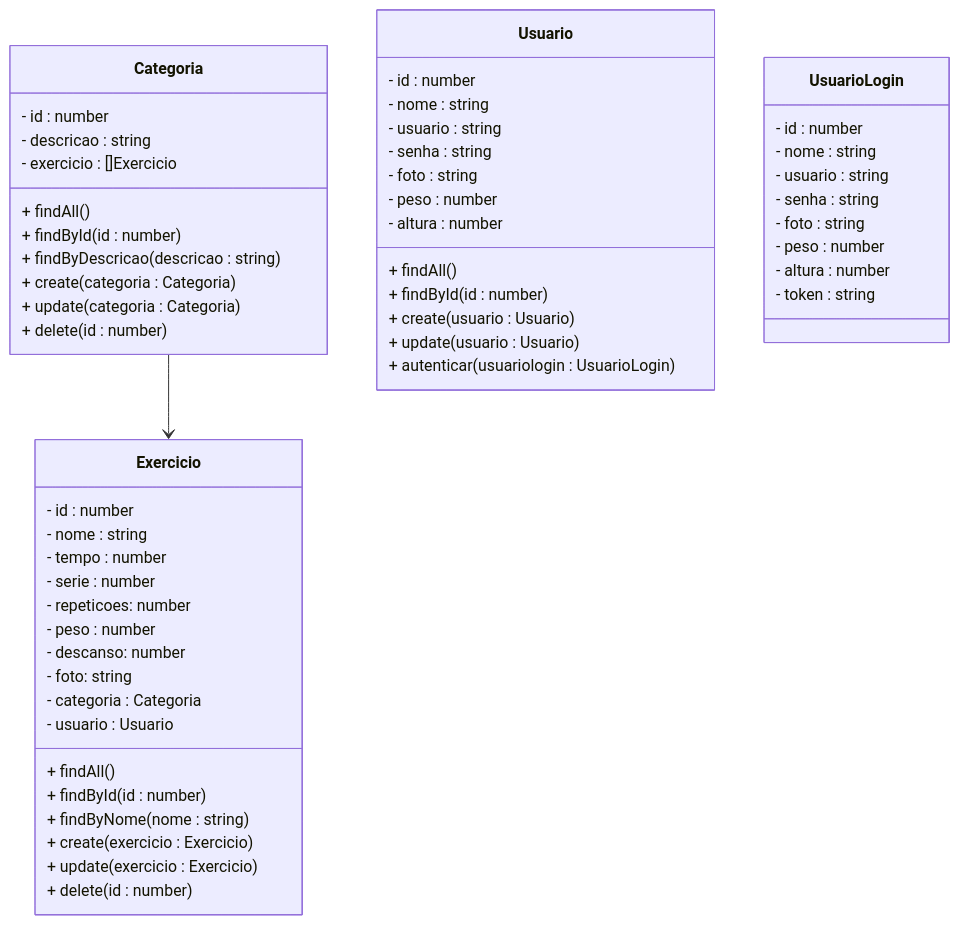
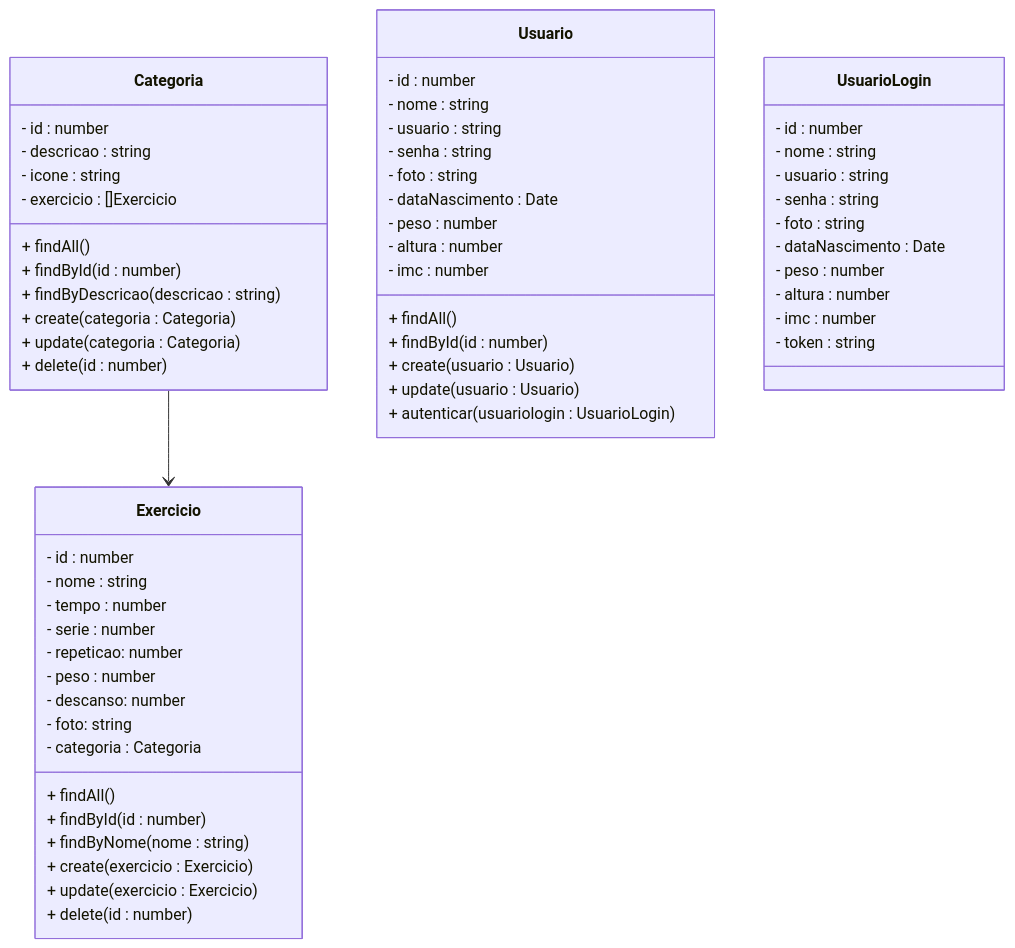
The first of 2 diagrams in README.md (rafaelq80/fitness-nest), drawn with Mermaid before and after one commit. The commit also changed other lines of this file and 29 other files, not shown here.

````diff
--- a/README.md
+++ b/README.md
@@ -69,57 +96,61 @@
 ```mermaid
 classDiagram
 class Categoria {
   - id : number
   - descricao : string
+  - icone : string
   - exercicio : []Exercicio
   + findAll()
   + findById(id : number)
   + findByDescricao(descricao : string)
   + create(categoria : Categoria)
   + update(categoria : Categoria)
   + delete(id : number)
 }
 class Exercicio {
   - id : number
   - nome : string
   - tempo : number
   - serie : number
-  - repeticoes: number
+  - repeticao: number
   - peso : number
   - descanso: number
   - foto: string
   - categoria : Categoria
-  - usuario : Usuario
   + findAll()
   + findById(id : number)
   + findByNome(nome : string)
   + create(exercicio : Exercicio)
   + update(exercicio : Exercicio)
   + delete(id : number)
 }
 class Usuario {
   - id : number
   - nome : string
   - usuario : string
   - senha : string
   - foto : string
+  - dataNascimento : Date
   - peso : number
   - altura : number
+  - imc : number
   + findAll()
   + findById(id : number)
   + create(usuario : Usuario)
   + update(usuario : Usuario)
   + autenticar(usuariologin : UsuarioLogin)
 }
 class UsuarioLogin{
   - id : number
   - nome : string
   - usuario : string
   - senha : string
   - foto : string
+  - dataNascimento : Date
   - peso : number
   - altura : number
+  - imc : number
   - token : string
 }
 Categoria --> Exercicio
 ```
````
